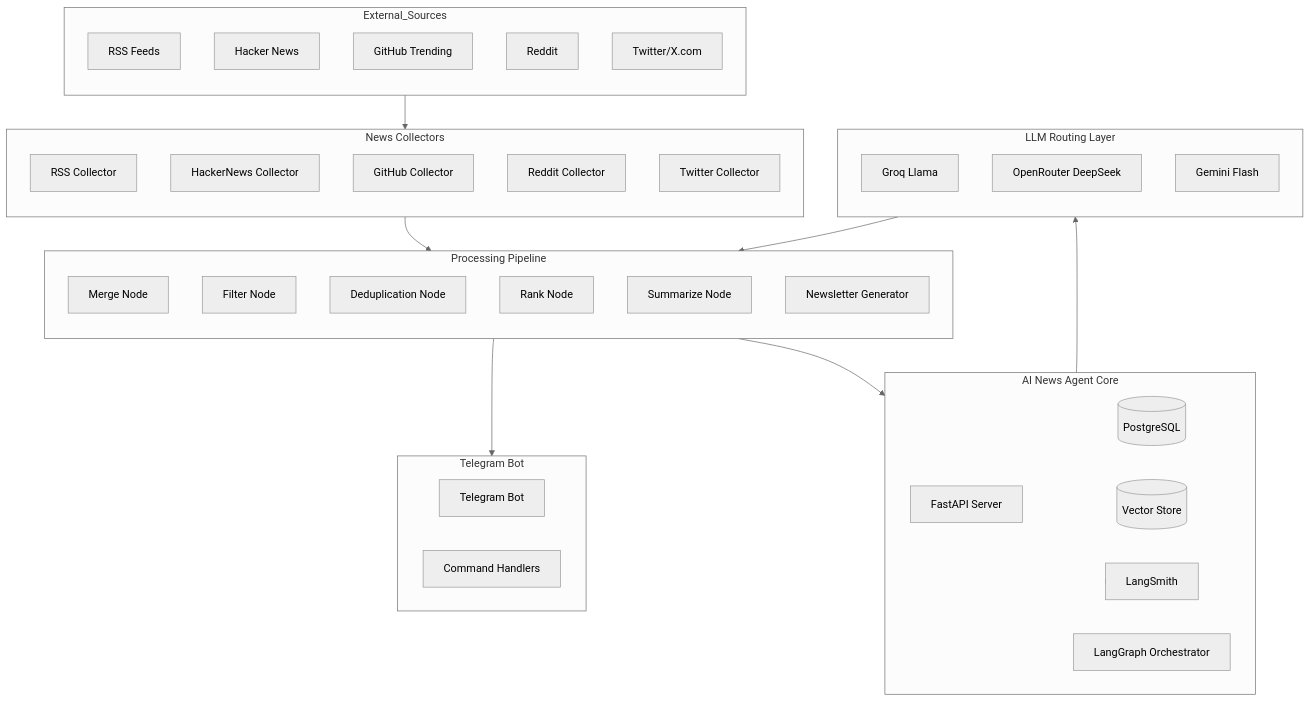
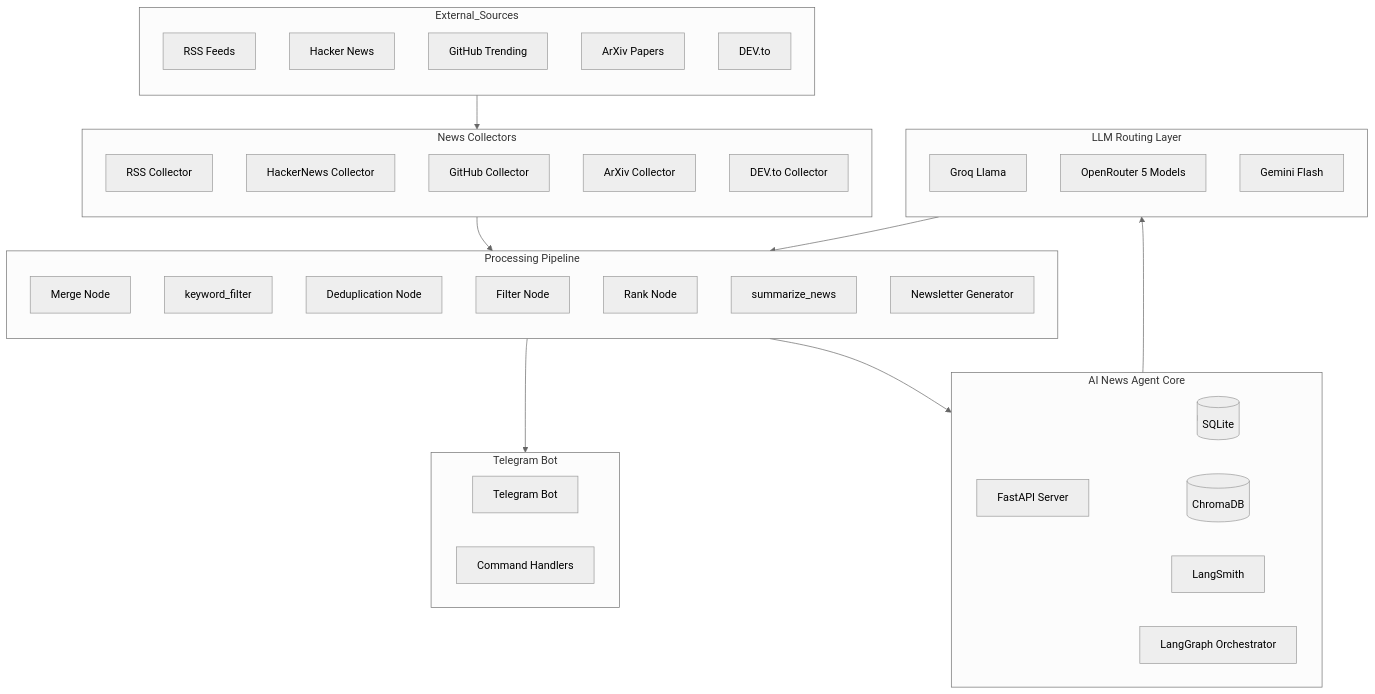
One commit to himanshu231204/ai-news-intelligence changed the first of 9 diagrams in docs/ARCHITECTURE.md. Above: the diagram before and after it, drawn with Mermaid (neutral theme). The commit also changed other lines of this file and 8 other files, not shown here.

First line of the commit message:
Enhance architecture and deployment documentation; optimize Dockerfile and Render configuration

````diff
--- a/docs/ARCHITECTURE.md
+++ b/docs/ARCHITECTURE.md
@@ -9,61 +10,62 @@
 ```mermaid
 flowchart TB
     subgraph External_Sources
         direction TB
         RSS[RSS Feeds]
         HN[Hacker News]
         GH[GitHub Trending]
-        RD[Reddit]
-        X[Twitter/X.com]
+        ArXiv[ArXiv Papers]
+        DEV[DEV.to]
     end
 
     subgraph Core_System["AI News Agent Core"]
         direction LR
         API[FastAPI Server]
         LG[LangGraph Orchestrator]
-        DB[(PostgreSQL)]
-        VS[(Vector Store)]
+        DB[(SQLite)]
+        VS[(ChromaDB)]
         LS[LangSmith]
     end
 
     subgraph Collectors["News Collectors"]
         direction TB
         RC[RSS Collector]
         HNC[HackerNews Collector]
         GHC[GitHub Collector]
-        RDC[Reddit Collector]
-        XC[Twitter Collector]
+        AC[ArXiv Collector]
+        DC[DEV.to Collector]
     end
 
     subgraph Processing["Processing Pipeline"]
         direction TB
         MN[Merge Node]
+        KF[keyword_filter]
+        DN[Deduplication Node]
         FN[Filter Node]
-        DN[Deduplication Node]
         RN[Rank Node]
-        SN[Summarize Node]
+        SN[summarize_news]
         NLG[Newsletter Generator]
     end
 
     subgraph LLM_Providers["LLM Routing Layer"]
         direction TB
         GROQ[Groq Llama]
-        OR[OpenRouter DeepSeek]
+        OR[OpenRouter 5 Models]
         GM[Gemini Flash]
     end
 
     subgraph Telegram_Delivery["Telegram Bot"]
         TBot[Telegram Bot]
         Handlers[Command Handlers]
     end
 
     External_Sources --> Collectors
     Collectors --> Processing
     Processing --> Core_System
     Core_System --> LLM_Providers
     LLM_Providers --> Processing
     Core_System --> DB
     Core_System --> VS
     Core_System --> LS
     NLG --> Telegram_Delivery
 ```
````
